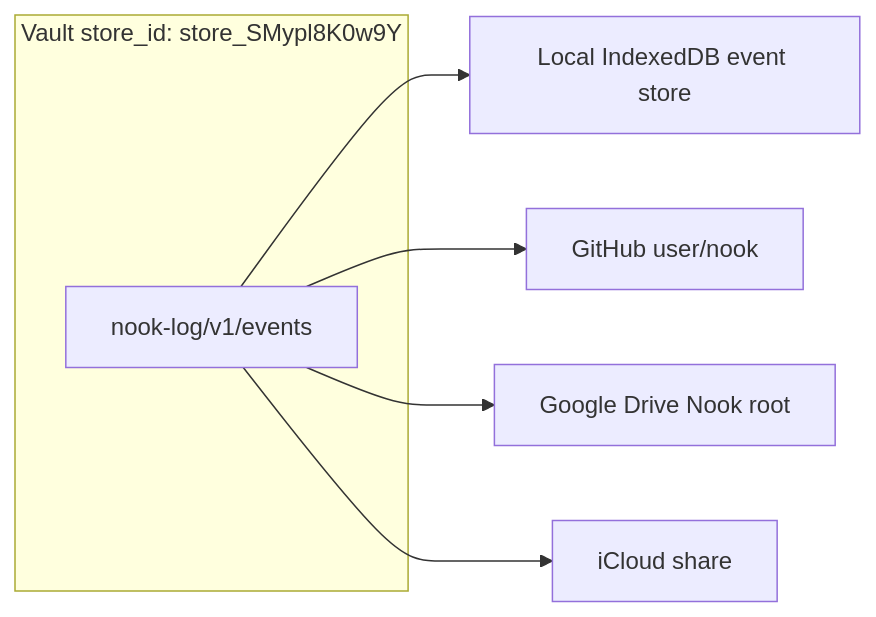
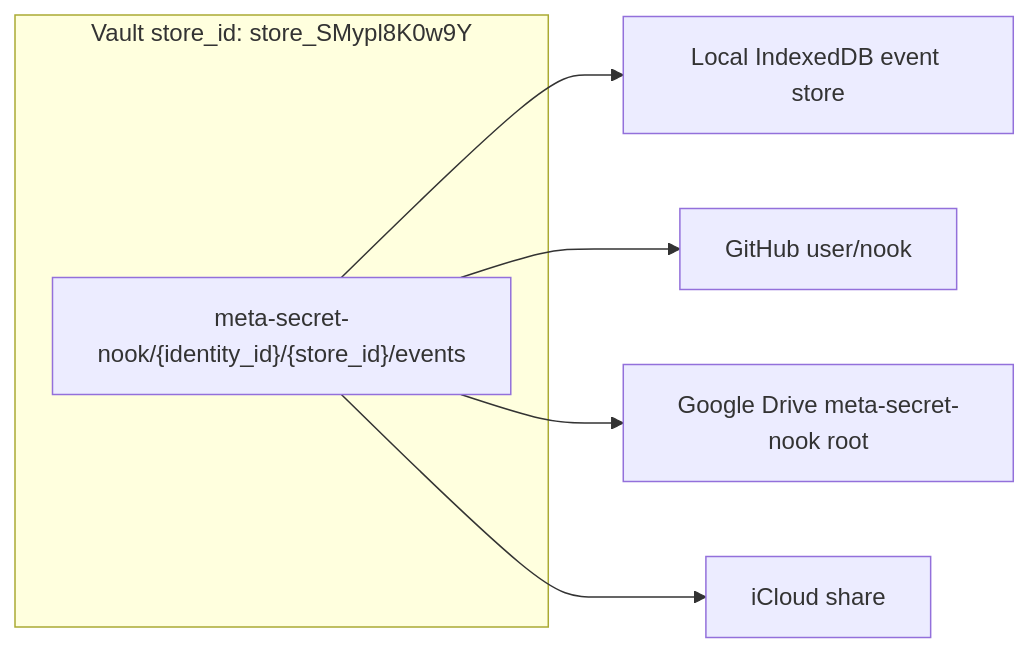
The diagram in nook-app/nook-platform/nook-core/.cortex/docs/architecture/secret-store-identity.md (meta-secret/nook), drawn with Mermaid before and after one commit. The commit also changed other lines of this file and 65 other files, not shown here.

Commit message:
File every vault under its identity in one meta-secret-nook root (#1804)

````diff
--- a/nook-app/nook-platform/nook-core/.cortex/docs/architecture/secret-store-identity.md
+++ b/nook-app/nook-platform/nook-core/.cortex/docs/architecture/secret-store-identity.md
@@ -90,10 +90,10 @@
 ```mermaid
 flowchart LR
   subgraph store["Vault store_id: store_SMypl8K0w9Y"]
-    E[nook-log/v1/events]
+    E["meta-secret-nook/{identity_id}/{store_id}/events"]
   end
   E --> L[Local IndexedDB event store]
   E --> G[GitHub user/nook]
-  E --> D[Google Drive Nook root]
+  E --> D[Google Drive meta-secret-nook root]
   E --> S[iCloud share]
 ```
````
